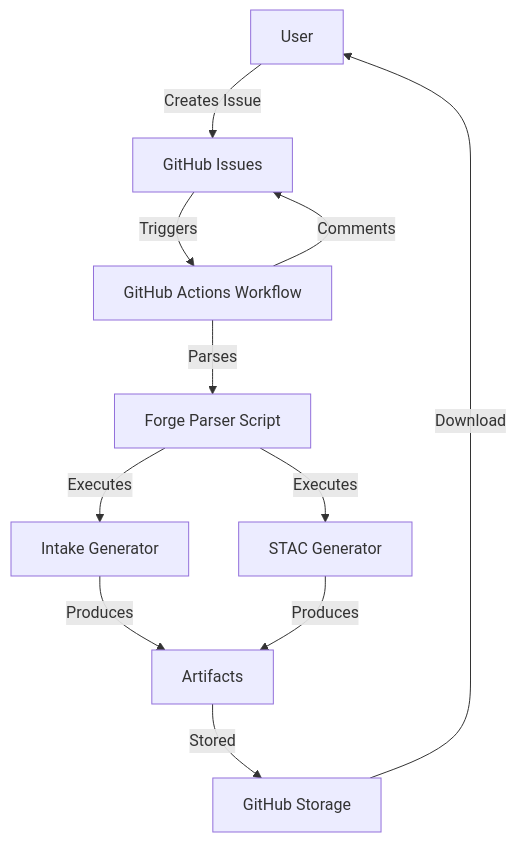
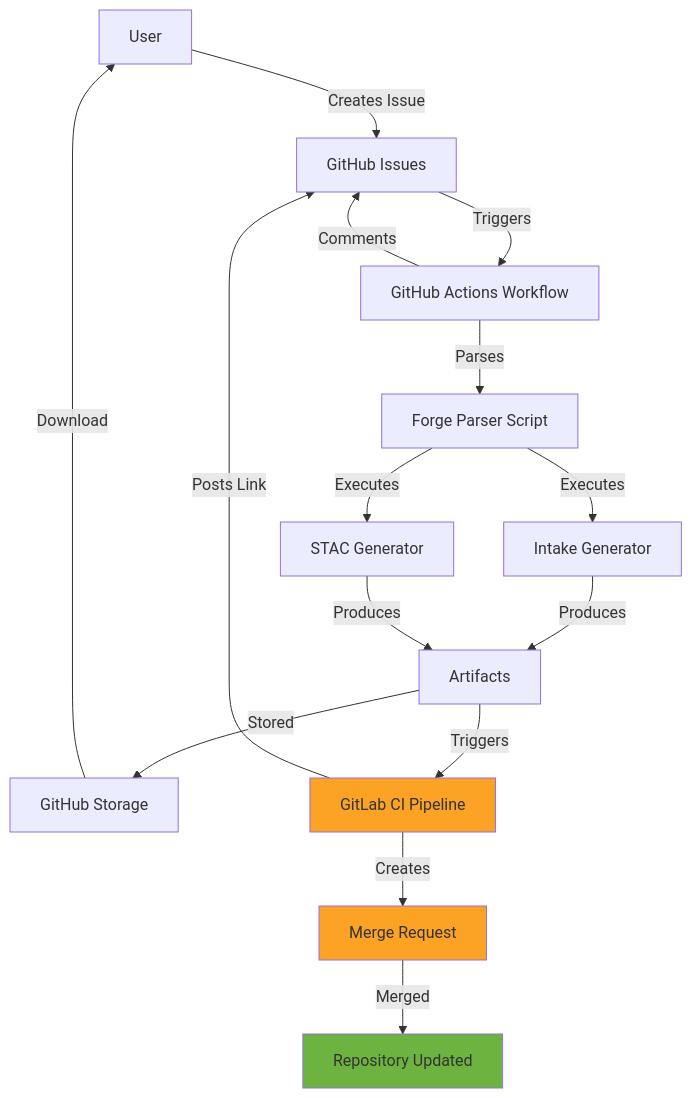
The diagram in docs/forge/user/FORGE_ARCHITECTURE.md (Deutsches-Klimarechenzentrum/2catalogs), drawn with Mermaid before and after one commit. The commit also changed other lines of this file and 5 other files, not shown here.

Commit message:
Remove outdated Forge documentation and enhance user guide with GitLab CI integration details

````diff
--- a/docs/forge/user/FORGE_ARCHITECTURE.md
+++ b/docs/forge/user/FORGE_ARCHITECTURE.md
@@ -11,13 +11,21 @@
 ```mermaid
 graph TB
     User[User] -->|Creates Issue| GH[GitHub Issues]
     GH -->|Triggers| W[GitHub Actions Workflow]
     W -->|Parses| P[Forge Parser Script]
     P -->|Executes| G1[Intake Generator]
     P -->|Executes| G2[STAC Generator]
     G1 -->|Produces| A[Artifacts]
     G2 -->|Produces| A
     A -->|Stored| S[GitHub Storage]
     W -->|Comments| GH
     S -->|Download| User
+    A -->|Triggers| GL[GitLab CI Pipeline]
+    GL -->|Creates| MR[Merge Request]
+    MR -->|Merged| REPO[Repository Updated]
+    GL -->|Posts Link| GH
+    
+    style GL fill:#FCA326
+    style MR fill:#FCA326
+    style REPO fill:#6CB33F
 ```
````
